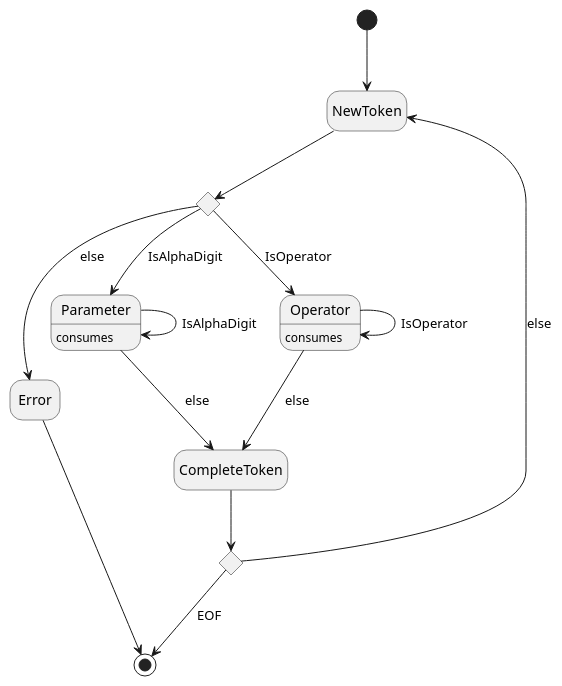
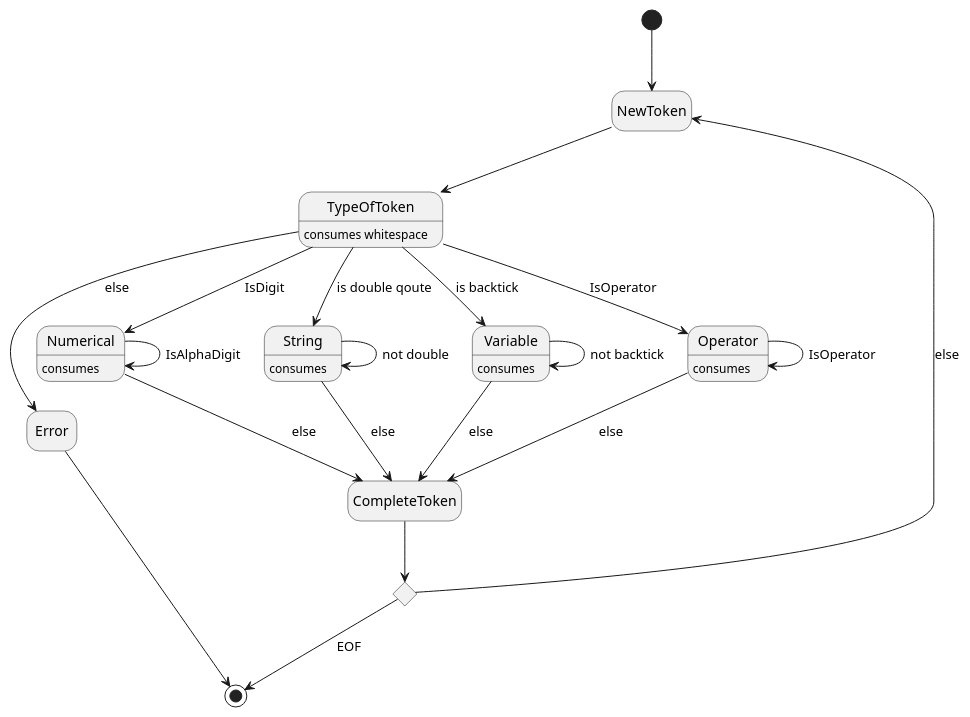
The diagram in PythonSerivce/docs/StatementTokenizer.puml (daplhall/dicechanics-webapp), drawn with PlantUML before and after one commit. The commit also changed 4 other files, not shown here.

```diff
--- a/PythonSerivce/docs/StatementTokenizer.puml
+++ b/PythonSerivce/docs/StatementTokenizer.puml
@@ -1,27 +1,35 @@
 @startuml StatementTokeniser
 hide empty description
 top to bottom direction
 state NewToken
-State Parameter: consumes
+State Numerical: consumes
+state String : consumes
+state Variable: consumes
 state Operator: consumes
 state CompleteToken
 state Error
-state TypeOfToken <<choice>>
+state TypeOfToken : consumes whitespace
 state ToExit <<choice>>
 
 [*] --> NewToken
 NewToken --> TypeOfToken
-TypeOfToken --> Parameter : IsAlphaDigit
+TypeOfToken --> Numerical : IsDigit
 TypeOfToken --> Operator : IsOperator
 TypeOfToken --> Error : else
-Parameter --> Parameter : IsAlphaDigit
-Parameter --> CompleteToken : else
+TypeOfToken --> String : is double qoute
+TypeOfToken --> Variable : is backtick
+Numerical --> Numerical : IsAlphaDigit
+Numerical --> CompleteToken : else
 Operator --> Operator : IsOperator
 Operator --> CompleteToken : else
+String --> String : not double
+String --> CompleteToken : else
+Variable --> Variable : not backtick
+Variable  --> CompleteToken : else
 CompleteToken --> ToExit
 
 
 ToExit --> NewToken : else
 ToExit --> [*] : EOF
 Error --> [*]
 @enduml
```
